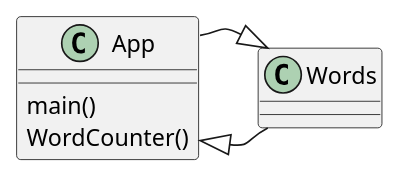
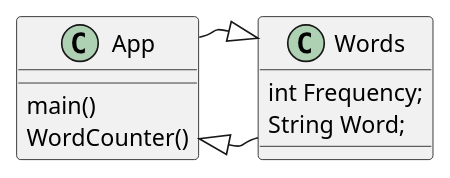
One commit to Reese2as/Stowell-COP3330-Assignment3 changed the diagram in src/main/java/org/example/ex46/ex46PlantUML.puml. Above: the diagram before and after it, drawn with PlantUML. The commit also changed 2 other files, not shown here.

```diff
--- a/src/main/java/org/example/ex46/ex46PlantUML.puml
+++ b/src/main/java/org/example/ex46/ex46PlantUML.puml
@@ -1,13 +1,15 @@
 @startuml
 'https://plantuml.com/class-diagram
 
 class App{
 main()
 WordCounter()
 }
 class Words{
+int Frequency;
+String Word;
 }
 
 App <|- Words
 Words <|- App
 @enduml
```
